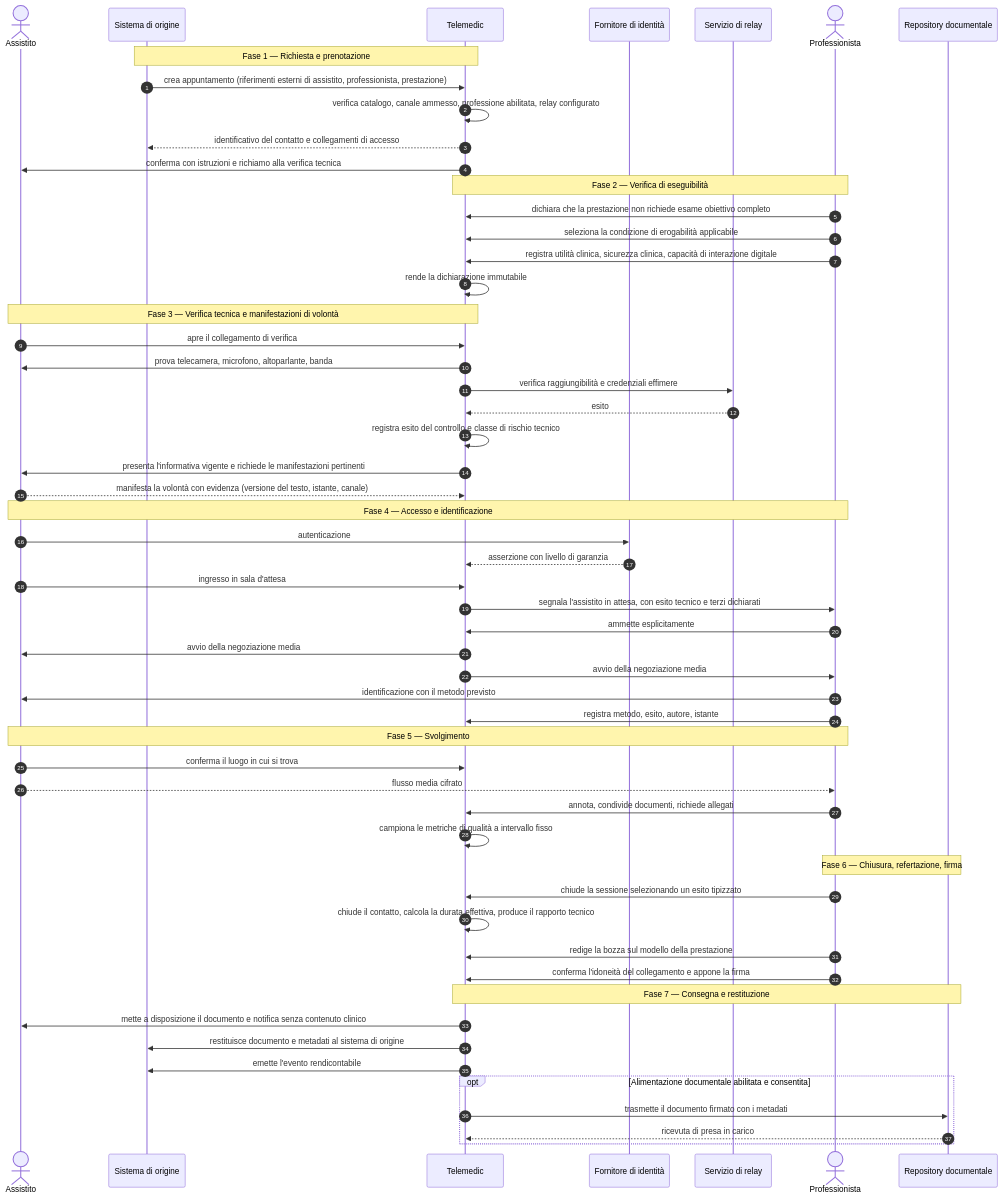
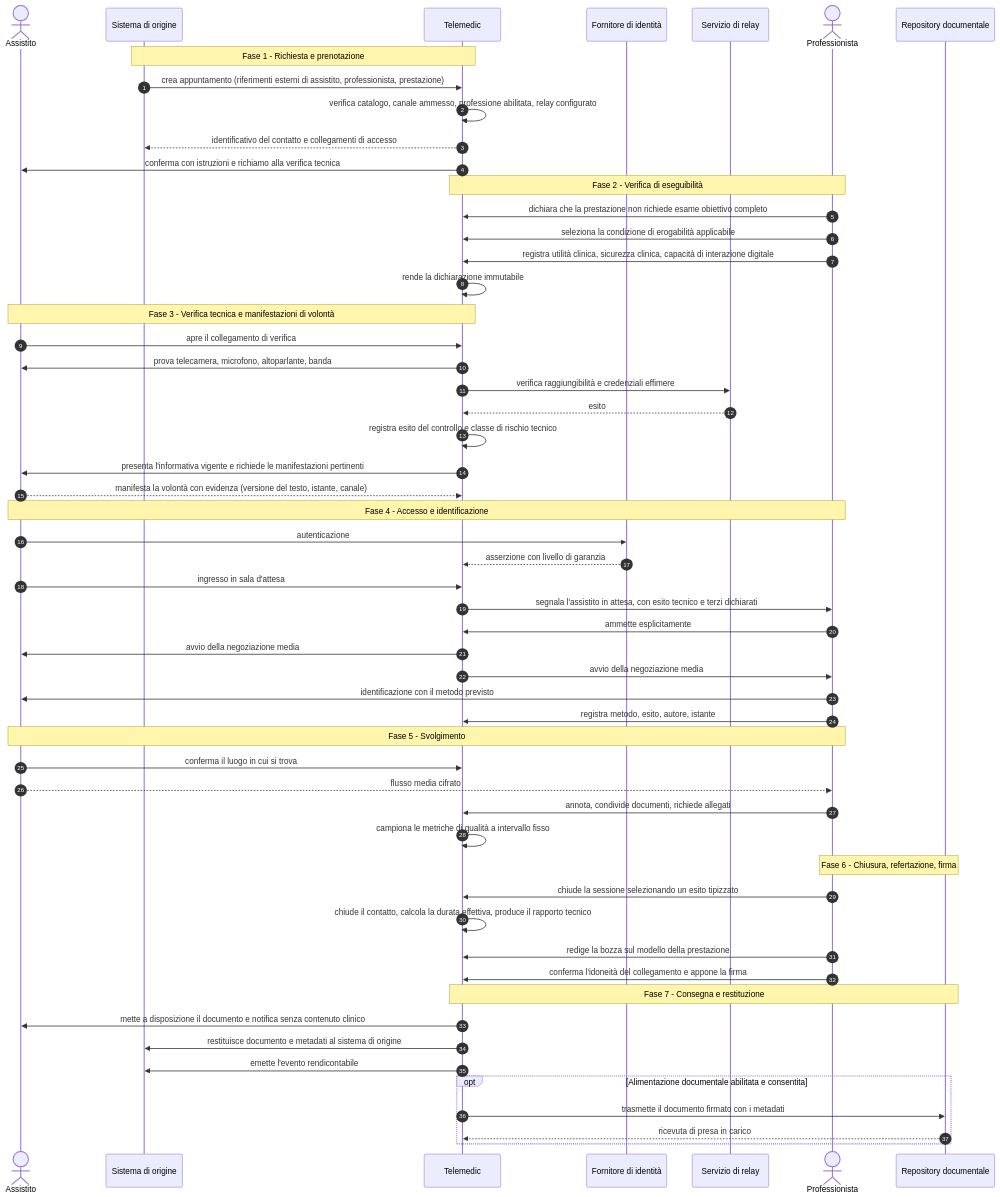
The second of 19 diagrams in docs/10_fondamenti/14-flussi-funzionali.md (fedcal/Telemedic), drawn with Mermaid before and after one commit. The commit also changed other lines of this file and 301 other files, not shown here.

````diff
--- a/docs/10_fondamenti/14-flussi-funzionali.md
+++ b/docs/10_fondamenti/14-flussi-funzionali.md
@@ -85,64 +85,64 @@
 ```mermaid
 sequenceDiagram
     autonumber
     actor P as Assistito
     participant EXT as Sistema di origine
     participant TM as Telemedic
     participant IDP as Fornitore di identità
     participant TURN as Servizio di relay
     actor M as Professionista
     participant FSE as Repository documentale
 
-    Note over EXT,TM: Fase 1 — Richiesta e prenotazione
+    Note over EXT,TM: Fase 1 - Richiesta e prenotazione
     EXT->>TM: crea appuntamento (riferimenti esterni di assistito, professionista, prestazione)
     TM->>TM: verifica catalogo, canale ammesso, professione abilitata, relay configurato
     TM-->>EXT: identificativo del contatto e collegamenti di accesso
     TM->>P: conferma con istruzioni e richiamo alla verifica tecnica
 
-    Note over M,TM: Fase 2 — Verifica di eseguibilità
+    Note over M,TM: Fase 2 - Verifica di eseguibilità
     M->>TM: dichiara che la prestazione non richiede esame obiettivo completo
     M->>TM: seleziona la condizione di erogabilità applicabile
     M->>TM: registra utilità clinica, sicurezza clinica, capacità di interazione digitale
     TM->>TM: rende la dichiarazione immutabile
 
-    Note over P,TM: Fase 3 — Verifica tecnica e manifestazioni di volontà
+    Note over P,TM: Fase 3 - Verifica tecnica e manifestazioni di volontà
     P->>TM: apre il collegamento di verifica
     TM->>P: prova telecamera, microfono, altoparlante, banda
     TM->>TURN: verifica raggiungibilità e credenziali effimere
     TURN-->>TM: esito
     TM->>TM: registra esito del controllo e classe di rischio tecnico
     TM->>P: presenta l'informativa vigente e richiede le manifestazioni pertinenti
     P-->>TM: manifesta la volontà con evidenza (versione del testo, istante, canale)
 
-    Note over P,M: Fase 4 — Accesso e identificazione
+    Note over P,M: Fase 4 - Accesso e identificazione
     P->>IDP: autenticazione
     IDP-->>TM: asserzione con livello di garanzia
     P->>TM: ingresso in sala d'attesa
     TM->>M: segnala l'assistito in attesa, con esito tecnico e terzi dichiarati
     M->>TM: ammette esplicitamente
     TM->>P: avvio della negoziazione media
     TM->>M: avvio della negoziazione media
     M->>P: identificazione con il metodo previsto
     M->>TM: registra metodo, esito, autore, istante
 
-    Note over P,M: Fase 5 — Svolgimento
+    Note over P,M: Fase 5 - Svolgimento
     P->>TM: conferma il luogo in cui si trova
     P-->>M: flusso media cifrato
     M->>TM: annota, condivide documenti, richiede allegati
     TM->>TM: campiona le metriche di qualità a intervallo fisso
 
-    Note over M,FSE: Fase 6 — Chiusura, refertazione, firma
+    Note over M,FSE: Fase 6 - Chiusura, refertazione, firma
     M->>TM: chiude la sessione selezionando un esito tipizzato
     TM->>TM: chiude il contatto, calcola la durata effettiva, produce il rapporto tecnico
     M->>TM: redige la bozza sul modello della prestazione
     M->>TM: conferma l'idoneità del collegamento e appone la firma
 
-    Note over TM,FSE: Fase 7 — Consegna e restituzione
+    Note over TM,FSE: Fase 7 - Consegna e restituzione
     TM->>P: mette a disposizione il documento e notifica senza contenuto clinico
     TM->>EXT: restituisce documento e metadati al sistema di origine
     TM->>EXT: emette l'evento rendicontabile
     opt Alimentazione documentale abilitata e consentita
         TM->>FSE: trasmette il documento firmato con i metadati
         FSE-->>TM: ricevuta di presa in carico
     end
 ```
````
